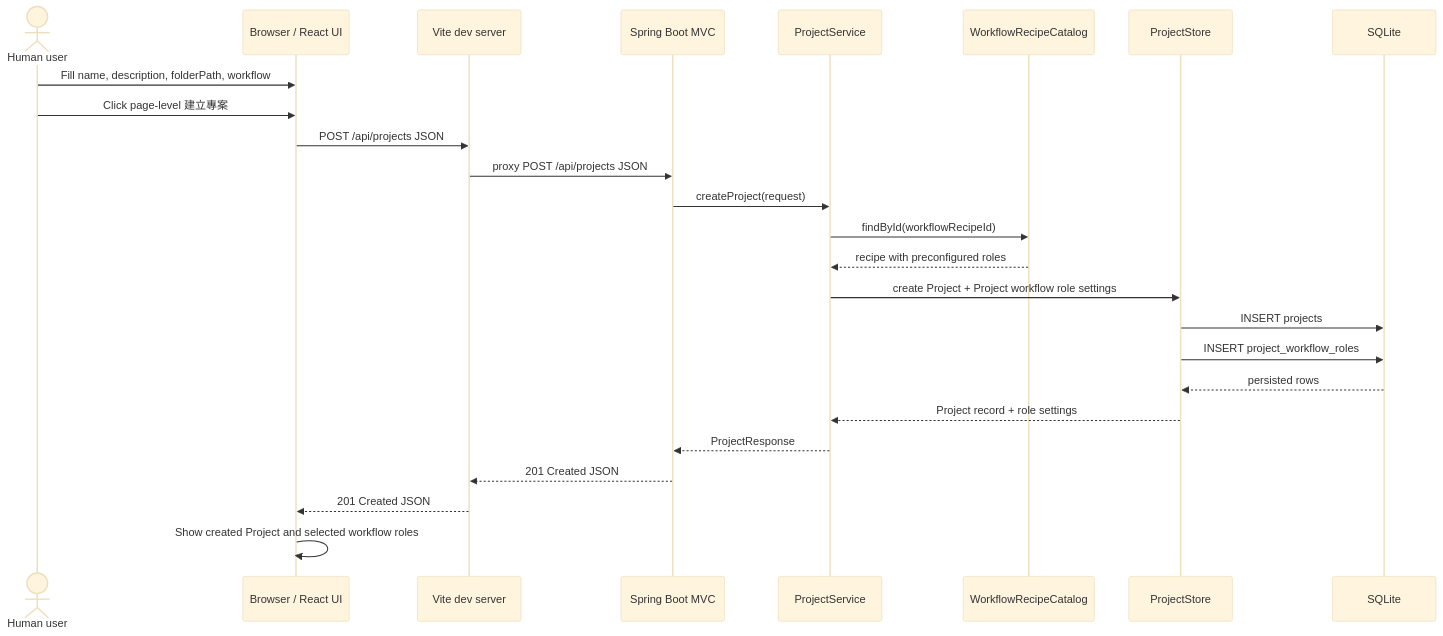
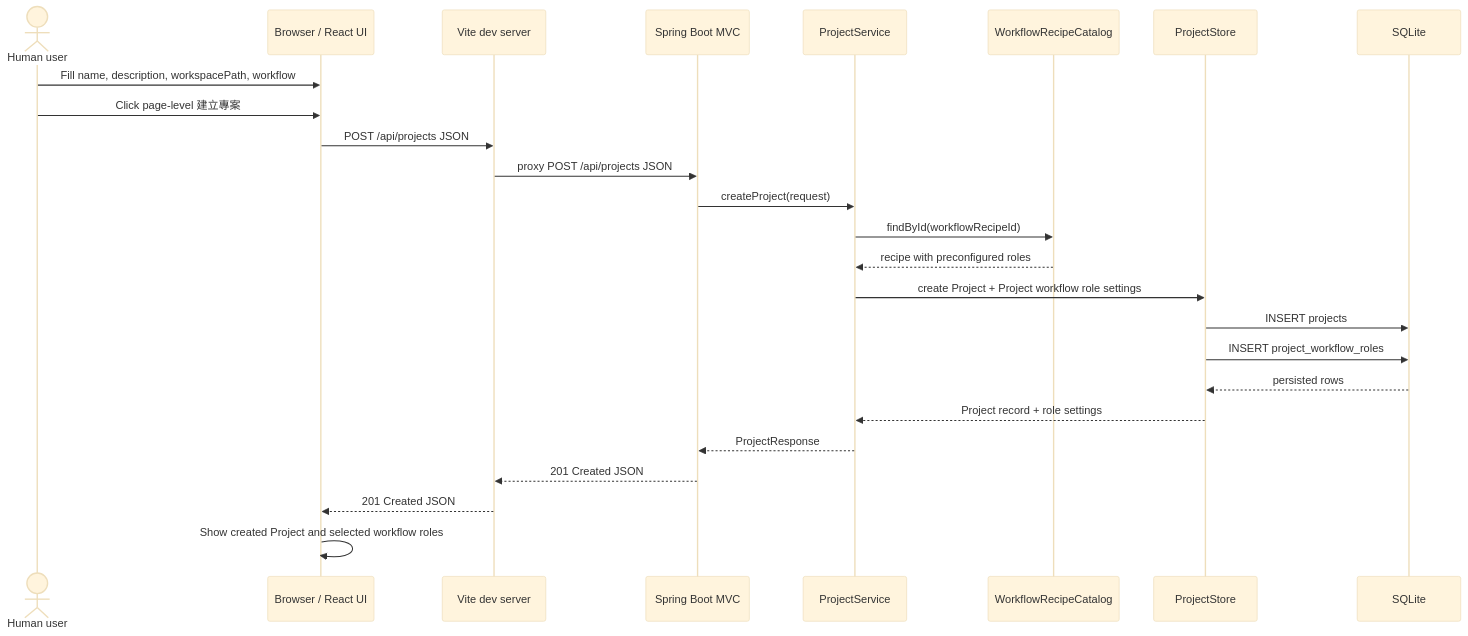
The fourth of 5 diagrams in docs/grimo/architecture.md (samzhu/grimoAPP), drawn with Mermaid (base theme) before and after one commit. The commit also changed other lines of this file and 54 other files, not shown here.

````diff
--- a/docs/grimo/architecture.md
+++ b/docs/grimo/architecture.md
@@ -100,28 +103,28 @@
 ```mermaid
 sequenceDiagram
   actor User as Human user
   participant Browser as Browser / React UI
   participant Vite as Vite dev server
   participant API as Spring Boot MVC
   participant Service as ProjectService
   participant Catalog as WorkflowRecipeCatalog
   participant Store as ProjectStore
   participant DB as SQLite
 
-  User->>Browser: Fill name, description, folderPath, workflow
+  User->>Browser: Fill name, description, workspacePath, workflow
   User->>Browser: Click page-level 建立專案
   Browser->>Vite: POST /api/projects JSON
   Vite->>API: proxy POST /api/projects JSON
   API->>Service: createProject(request)
   Service->>Catalog: findById(workflowRecipeId)
   Catalog-->>Service: recipe with preconfigured roles
   Service->>Store: create Project + Project workflow role settings
   Store->>DB: INSERT projects
   Store->>DB: INSERT project_workflow_roles
   DB-->>Store: persisted rows
   Store-->>Service: Project record + role settings
   Service-->>API: ProjectResponse
   API-->>Vite: 201 Created JSON
   Vite-->>Browser: 201 Created JSON
   Browser->>Browser: Show created Project and selected workflow roles
 ```
````
